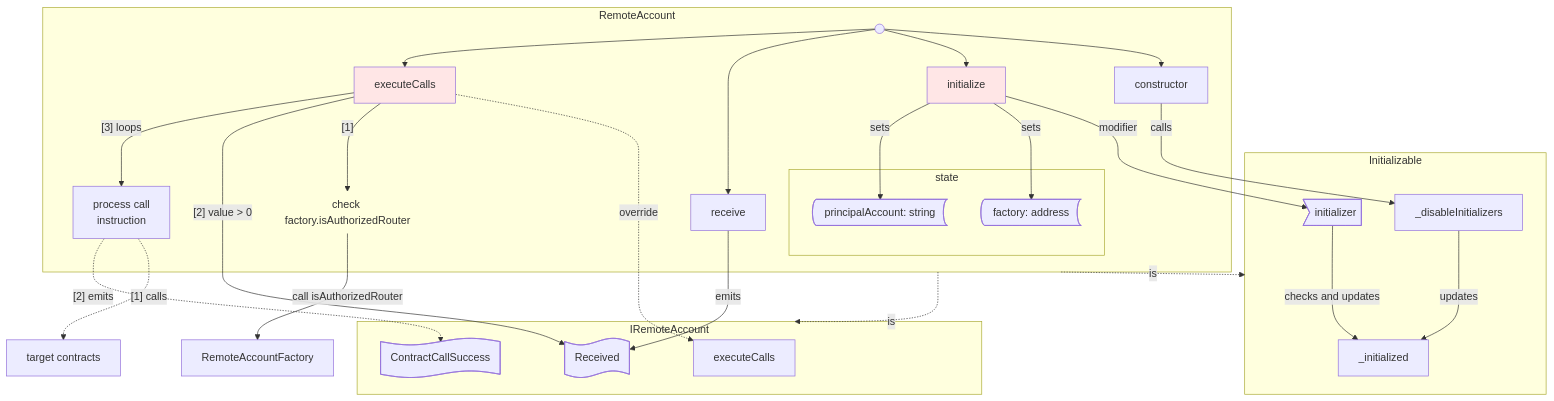
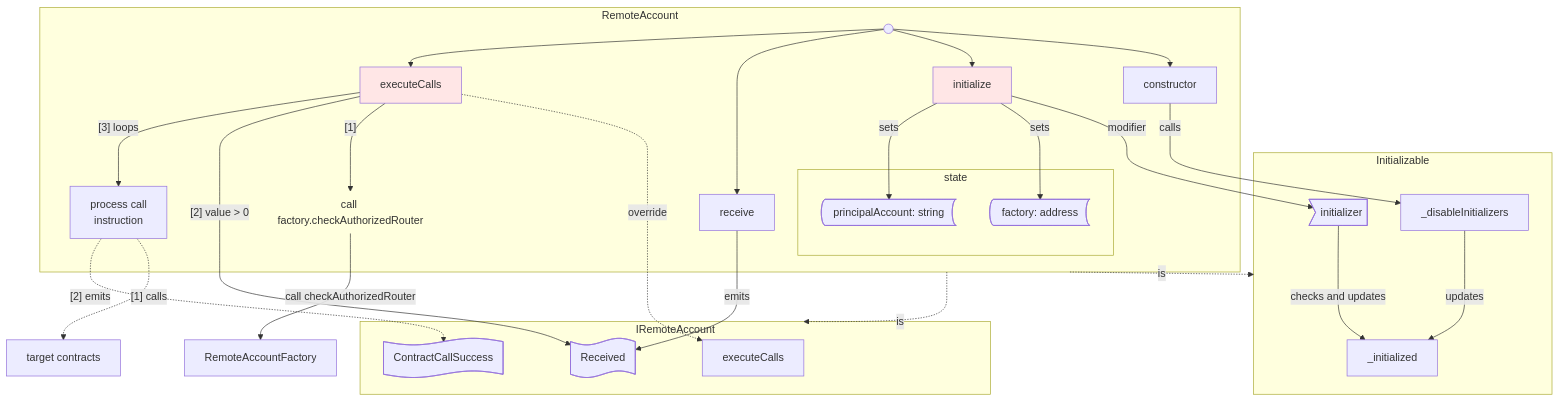
One commit to agoric-labs/agoric-to-axelar-local changed the fourth of 12 diagrams in packages/axelar-local-dev-cosmos/src/contracts/design.md. Above: the diagram before and after it, drawn with Mermaid. The commit also changed other lines of this file and 4 other files, not shown here.

Commit message:
chore: checkAuthorizedRouter

````diff
--- a/packages/axelar-local-dev-cosmos/src/contracts/design.md
+++ b/packages/axelar-local-dev-cosmos/src/contracts/design.md
@@ -204,61 +204,61 @@
 ```mermaid
 graph TB
     subgraph Initializable
         _initialized
         _disableInitializers
         %% modifiers
         initializer@{shape: odd}
     end
     subgraph IRemoteAccount
         IRemoteAccount_executeCalls[executeCalls]
         %% events
         Received@{shape: flag}
         ContractCallSuccess@{shape: flag}
     end
 
     subgraph RemoteAccount
         START@{shape: start}
         CTOR[constructor]
         initialize
         receive
         executeCalls
-        AUTH_CHECK@{shape: text, label: "check factory.isAuthorizedRouter"}
+        AUTH_CHECK@{shape: text, label: "call factory.checkAuthorizedRouter"}
         CALL["process call<br>instruction"]
         subgraph state
             factory_ref@{shape: stored-data, label: "factory: address"}
             principalAccount_ref@{shape: stored-data, label: "principalAccount: string"}
         end
     end
 
     EXTERNAL[target contracts]
     FACTORY[RemoteAccountFactory]
 
     %% inheritance
     RemoteAccount -.->|is| Initializable
     RemoteAccount -.->|is| IRemoteAccount
     executeCalls -.->|override| IRemoteAccount_executeCalls
 
     %% operation
     START --> CTOR
     START --> initialize
     START --> receive
     START --> executeCalls
     CTOR -->|calls| _disableInitializers
     initialize -->|modifier| initializer
     initialize -->|sets| factory_ref
     initialize -->|sets| principalAccount_ref
     executeCalls -->|"[1]"| AUTH_CHECK
     executeCalls -->|"[2] value > 0"| Received
     executeCalls -->|"[3] loops"| CALL
     CALL -.->|"[1] calls"| EXTERNAL
     CALL -.->|"[2] emits"| ContractCallSuccess
     receive -->|"emits"| Received
 
     %% state/dependency access
-    AUTH_CHECK -->|call isAuthorizedRouter| FACTORY
+    AUTH_CHECK -->|call checkAuthorizedRouter| FACTORY
     initializer -->|checks and updates| _initialized
     _disableInitializers -->|updates| _initialized
 
     style executeCalls fill:#ffe6e6
     style initialize fill:#ffe6e6
 ```
````
